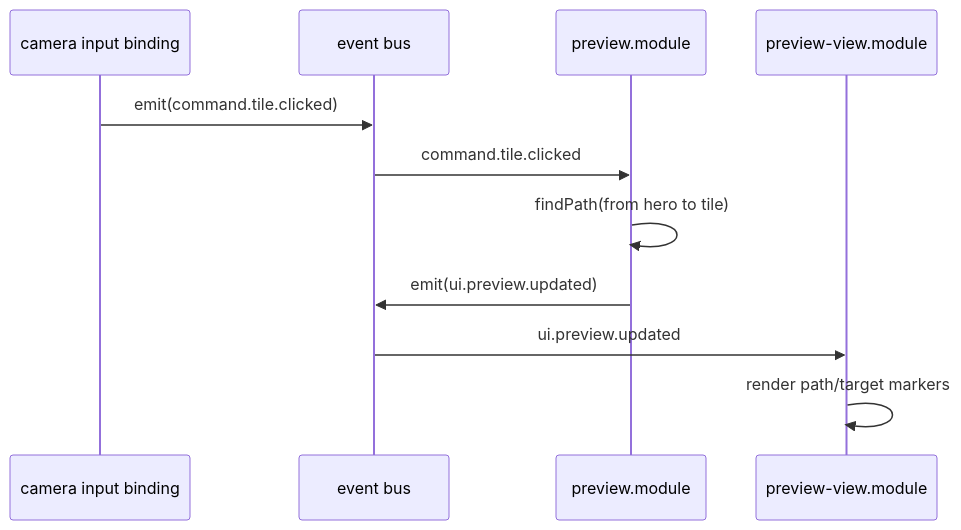
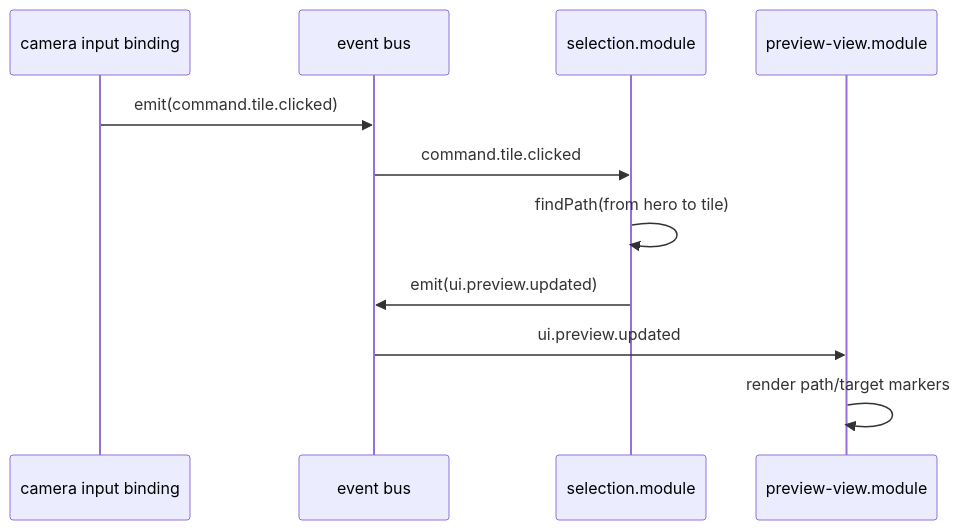
Before and after one commit to jakubjanczyk/heroes-3-js: the third of 4 diagrams in docs/v1/ARCHITECTURE.md, drawn with Mermaid. The commit also changed other lines of this file and 6 other files, not shown here.

````diff
--- a/docs/v1/ARCHITECTURE.md
+++ b/docs/v1/ARCHITECTURE.md
@@ -222,14 +228,14 @@
 ```mermaid
 sequenceDiagram
   participant Input as camera input binding
   participant Bus as event bus
-  participant Preview as preview.module
+  participant Selection as selection.module
   participant View as preview-view.module
 
   Input->>Bus: emit(command.tile.clicked)
-  Bus->>Preview: command.tile.clicked
-  Preview->>Preview: findPath(from hero to tile)
-  Preview->>Bus: emit(ui.preview.updated)
+  Bus->>Selection: command.tile.clicked
+  Selection->>Selection: findPath(from hero to tile)
+  Selection->>Bus: emit(ui.preview.updated)
   Bus->>View: ui.preview.updated
   View->>View: render path/target markers
 ```
````
